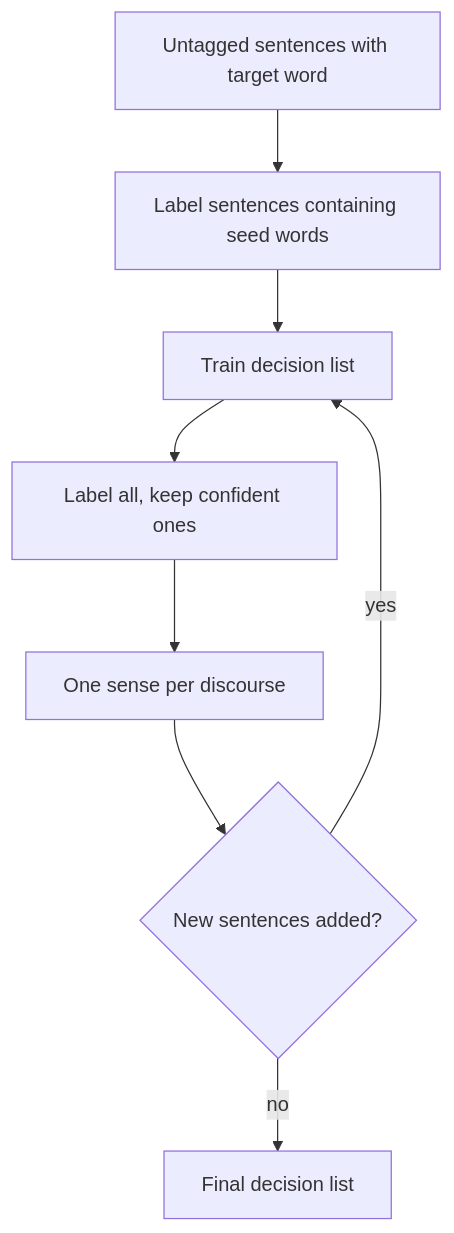
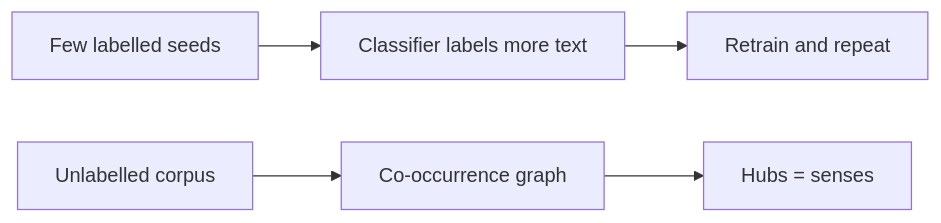
One commit to TrendySloth1001/sem-seven-notes changed the diagram in content/natural-language-processing/pyq/2025-05-ce/q6a.mdx. Above: the diagram before and after it, drawn with Mermaid. The commit also changed other lines of this file and 406 other files, not shown here.

````diff
--- a/content/natural-language-processing/pyq/2025-05-ce/q6a.mdx
+++ b/content/natural-language-processing/pyq/2025-05-ce/q6a.mdx
@@ -16,11 +22,6 @@
 ```mermaid
-%% caption: Yarowsky bootstrapping. A few seeds start the loop and confident labels are fed back until nothing more can be added.
-flowchart TD
-  A["Untagged sentences with target word"] --> B["Label sentences containing seed words"]
-  B --> C["Train decision list"]
-  C --> D["Label all, keep confident ones"]
-  D --> E["One sense per discourse"]
-  E --> F{"New sentences added?"}
-  F -->|"yes"| C
-  F -->|"no"| G["Final decision list"]
+%% caption: Semi-supervised and unsupervised WSD side by side. The top row needs a few labels; the bottom row needs none.
+flowchart LR
+  S1["Few labelled seeds"] --> S2["Classifier labels more text"] --> S3["Retrain and repeat"]
+  U1["Unlabelled corpus"] --> U2["Co-occurrence graph"] --> U3["Hubs = senses"]
 ```
````
